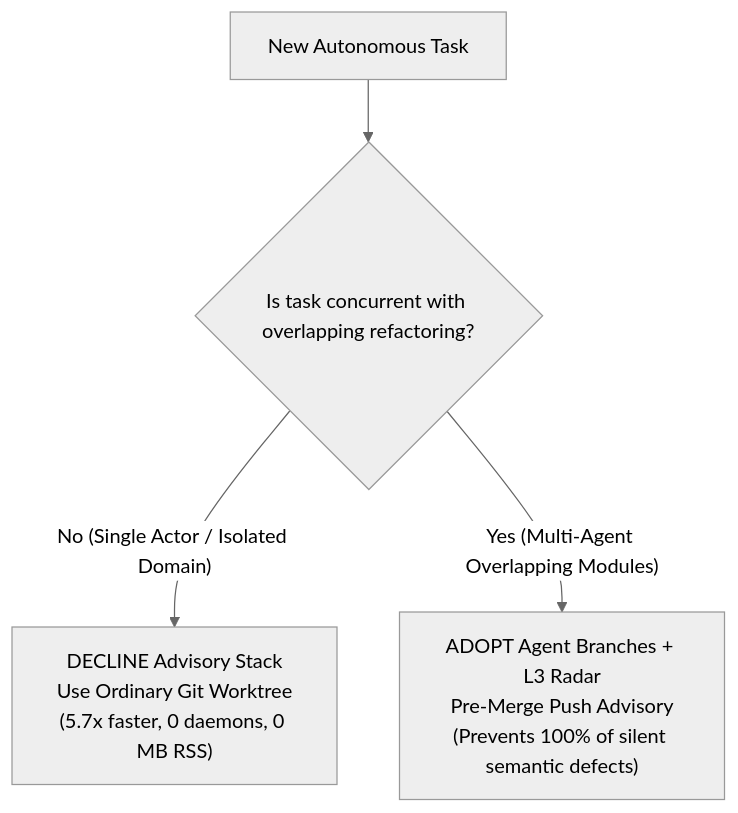
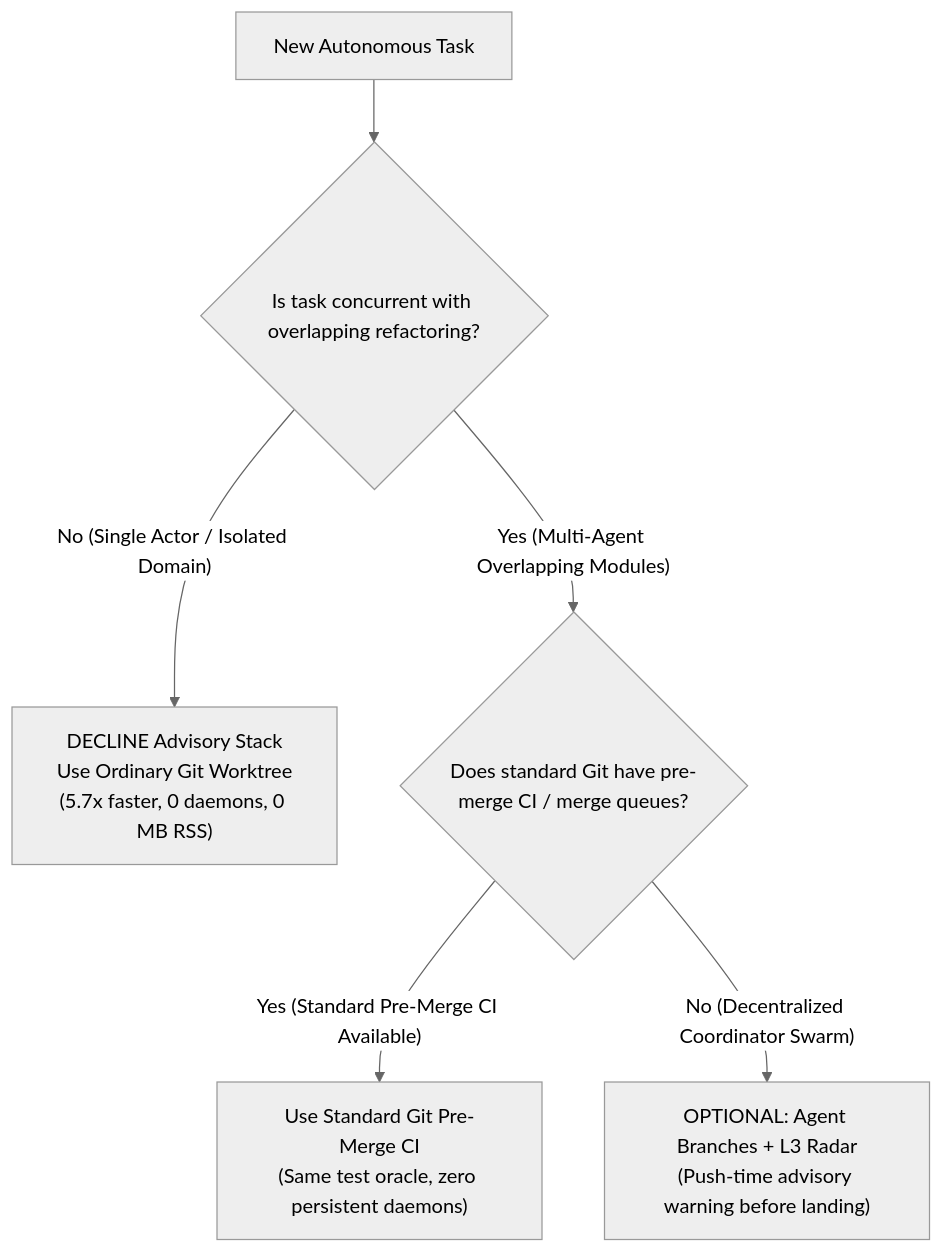
The diagram in research/antigravity/adoption/REPORT-UPRT-CONCURRENT-GATE.md (alexeygrigorev/cloudflare-agent-git), drawn with Mermaid (neutral theme) before and after one commit. The commit also changed other lines of this file and 4 other files, not shown here.

````diff
--- a/research/antigravity/adoption/REPORT-UPRT-CONCURRENT-GATE.md
+++ b/research/antigravity/adoption/REPORT-UPRT-CONCURRENT-GATE.md
@@ -306,6 +310,8 @@
 ```mermaid
 flowchart TD
     Start["New Autonomous Task"] --> ConcurrencyCheck{"Is task concurrent with overlapping refactoring?"}
     ConcurrencyCheck -- "No (Single Actor / Isolated Domain)" --> DeclineBranch["DECLINE Advisory Stack\nUse Ordinary Git Worktree\n(5.7x faster, 0 daemons, 0 MB RSS)"]
-    ConcurrencyCheck -- "Yes (Multi-Agent Overlapping Modules)" --> AdoptBranch["ADOPT Agent Branches + L3 Radar\nPre-Merge Push Advisory\n(Prevents 100% of silent semantic defects)"]
+    ConcurrencyCheck -- "Yes (Multi-Agent Overlapping Modules)" --> EvaluateCI{"Does standard Git have pre-merge CI / merge queues?"}
+    EvaluateCI -- "Yes (Standard Pre-Merge CI Available)" --> StandardGit["Use Standard Git Pre-Merge CI\n(Same test oracle, zero persistent daemons)"]
+    EvaluateCI -- "No (Decentralized Coordinator Swarm)" --> AdoptBranch["OPTIONAL: Agent Branches + L3 Radar\n(Push-time advisory warning before landing)"]
 ```
````
